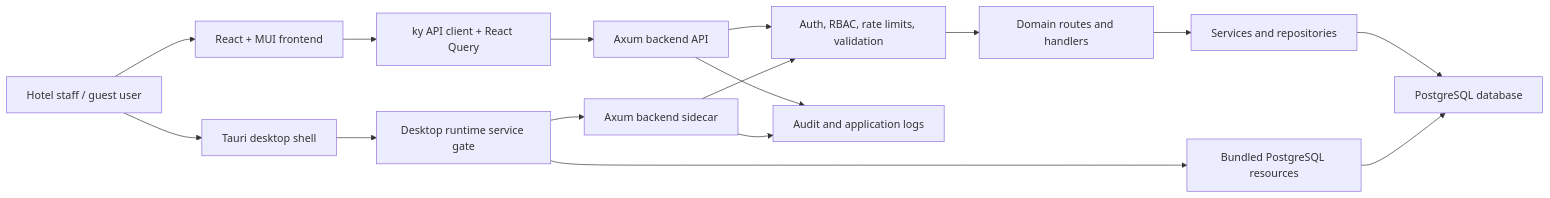
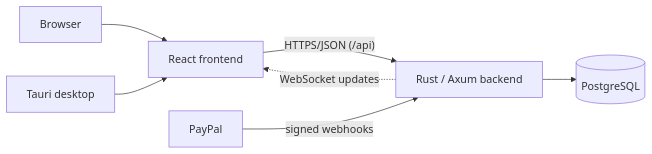
Before and after one commit to siewong007/hotel-app: the diagram in README.md, drawn with Mermaid. The commit also changed other lines of this file, not shown here.

````diff
--- a/README.md
+++ b/README.md
@@ -98,22 +49,9 @@
 ```mermaid
 flowchart LR
-    User["Hotel staff / guest user"] --> Web["React + MUI frontend"]
-    User --> Desktop["Tauri desktop shell"]
-
-    Desktop --> Runtime["Desktop runtime service gate"]
-    Runtime --> SidecarBackend["Axum backend sidecar"]
-    Runtime --> PgBundle["Bundled PostgreSQL resources"]
-
-    Web --> ApiClient["ky API client + React Query"]
-    ApiClient --> Backend["Axum backend API"]
-
-    Backend --> Auth["Auth, RBAC, rate limits, validation"]
-    SidecarBackend --> Auth
-    Auth --> Routes["Domain routes and handlers"]
-    Routes --> Services["Services and repositories"]
-    Services --> Db["PostgreSQL database"]
-    PgBundle --> Db
-
-    Backend --> Logs["Audit and application logs"]
-    SidecarBackend --> Logs
+    Browser["Browser"] --> React["React frontend"]
+    Desktop["Tauri desktop"] --> React
+    React -->|"HTTPS/JSON (/api)"| API["Rust / Axum backend"]
+    API --> DB[("PostgreSQL")]
+    API -.->|"WebSocket updates"| React
+    PayPal["PayPal"] -->|"signed webhooks"| API
 ```
````
